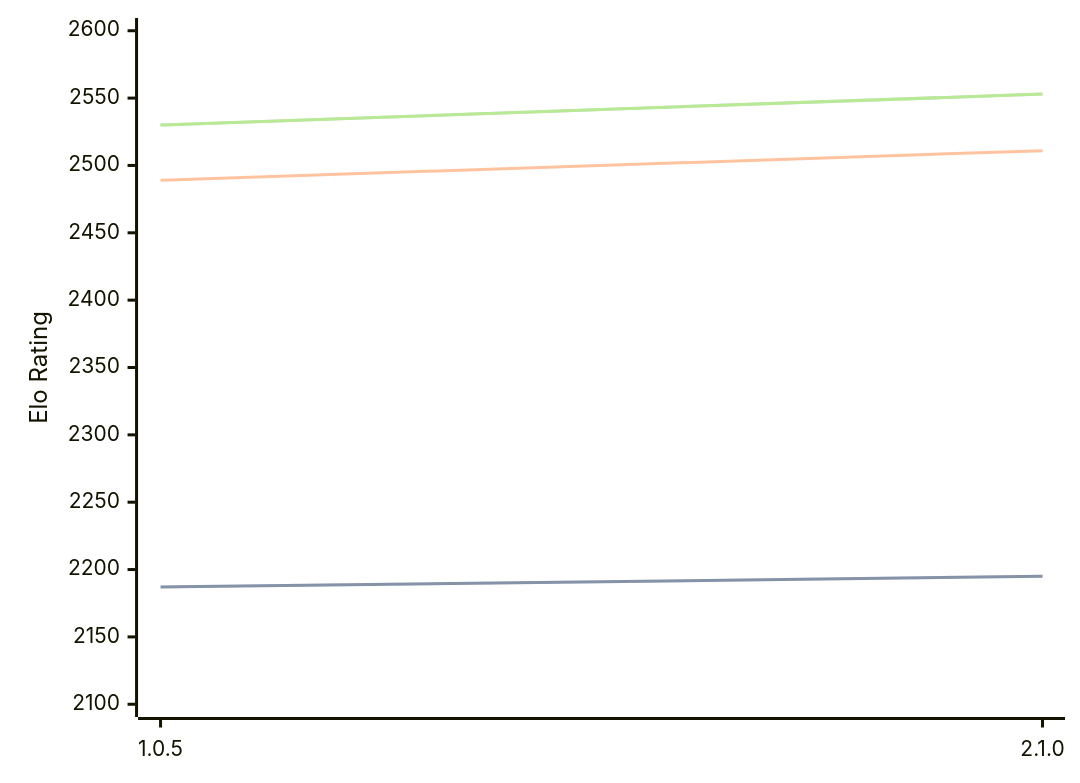
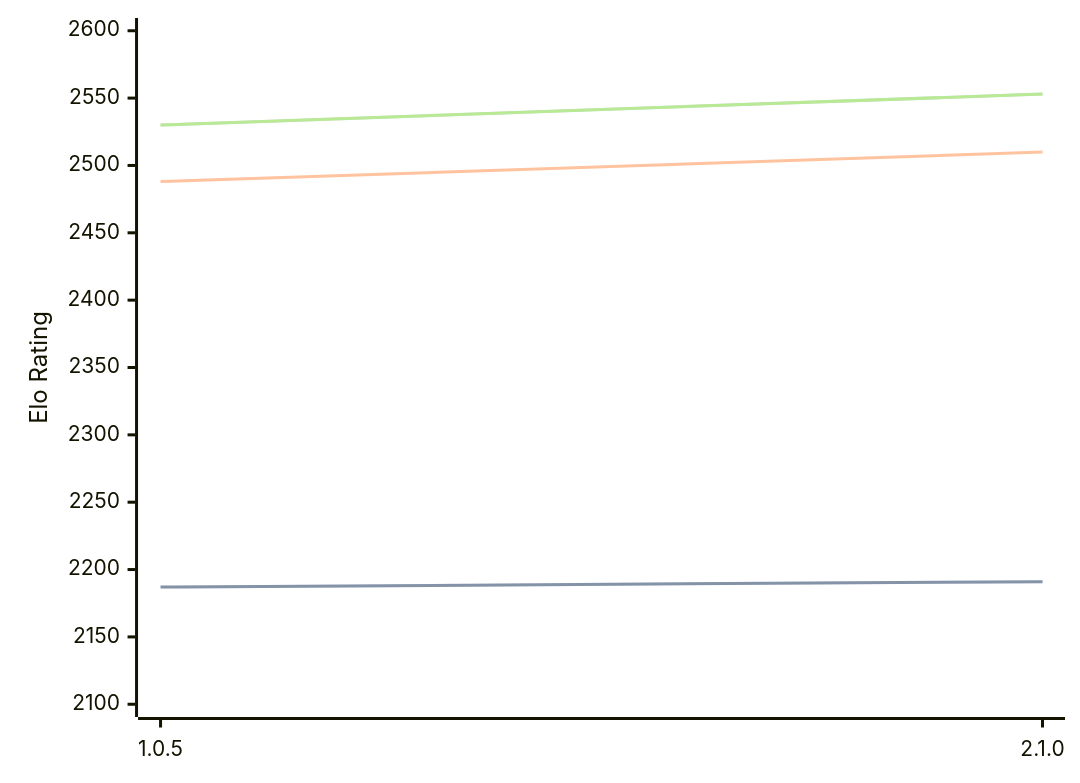
One commit to computer-chess-index/cci changed the diagram in engines/Ruffian.md. Above: the diagram before and after it, drawn with Mermaid. The commit also changed other lines of this file, not shown here.

Commit message:
Update CCI Ratings (ELO VLTC) - 2026-03-09

````diff
--- a/engines/Ruffian.md
+++ b/engines/Ruffian.md
@@ -30,11 +30,11 @@
 ```mermaid
 %%{init: {"theme":"base","themeVariables":{"seriesColors:['#a3a3a3','#222221','#faa371']}}}%%
 xychart-beta
   x-axis ["1.0.5", "2.1.0"]
   y-axis "Elo Rating" 2100 --> 2600
-  line "STC (8.0+0.08s)" [2187, 2195]
-  line "STC (8.0+0.08s)" [2187, 2195]
-  line "LTC (60.0+0.60s)" [2489, 2511]
+  line "STC (8.0+0.08s)" [2187, 2191]
+  line "STC (8.0+0.08s)" [2187, 2191]
+  line "LTC (60.0+0.60s)" [2488, 2510]
   line "VLTC (2m24s+1.12s)" [2530, 2553]
   line "VLTC (2m24s+1.12s)" [2530, 2553]
 ```
````
